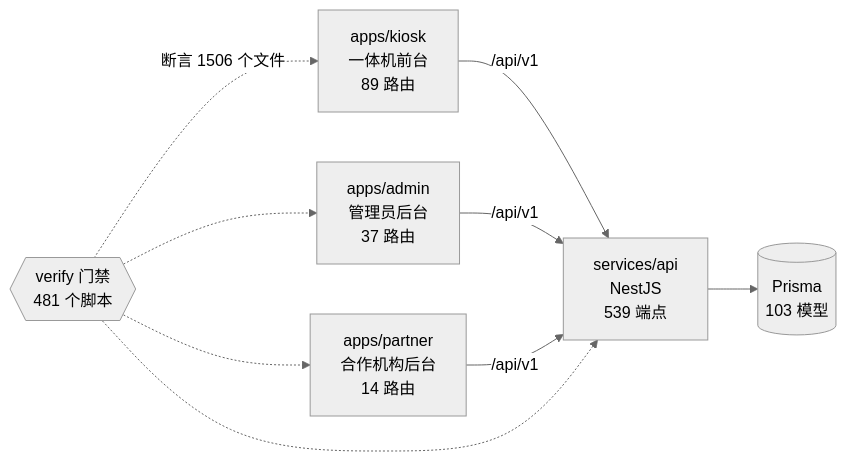
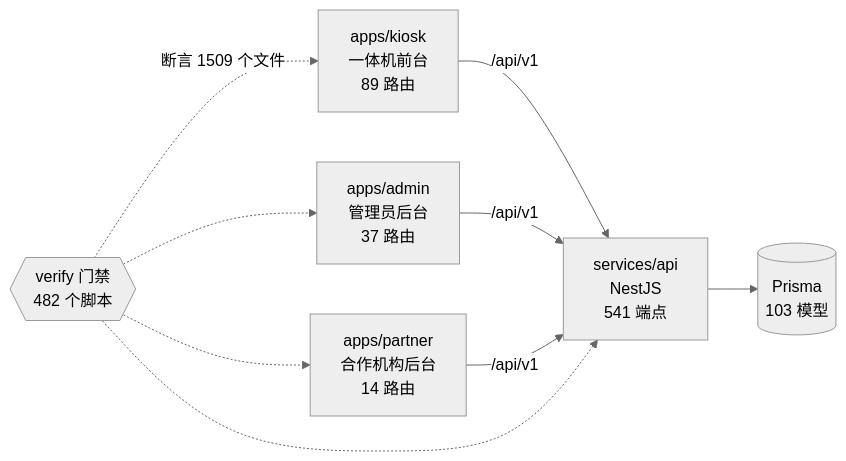
Before and after one commit to wanglei581/YITIJI: the diagram in docs/graph/README.md, drawn with Mermaid (neutral theme). The commit also changed other lines of this file and 5 other files, not shown here.

First line of the commit message:
chore(graph): record console usage endpoints

````diff
--- a/docs/graph/README.md
+++ b/docs/graph/README.md
@@ -68,18 +68,18 @@
 ```mermaid
 flowchart LR
   kiosk["apps/kiosk<br/>一体机前台<br/>89 路由"]
   admin["apps/admin<br/>管理员后台<br/>37 路由"]
   partner["apps/partner<br/>合作机构后台<br/>14 路由"]
-  api["services/api<br/>NestJS<br/>539 端点"]
+  api["services/api<br/>NestJS<br/>541 端点"]
   db[("Prisma<br/>103 模型")]
-  gates{{"verify 门禁<br/>481 个脚本"}}
+  gates{{"verify 门禁<br/>482 个脚本"}}
 
   kiosk -->|"/api/v1"| api
   admin -->|"/api/v1"| api
   partner -->|"/api/v1"| api
   api --> db
-  gates -.->|"断言 1506 个文件"| kiosk
+  gates -.->|"断言 1509 个文件"| kiosk
   gates -.-> admin
   gates -.-> partner
   gates -.-> api
 ```
````
